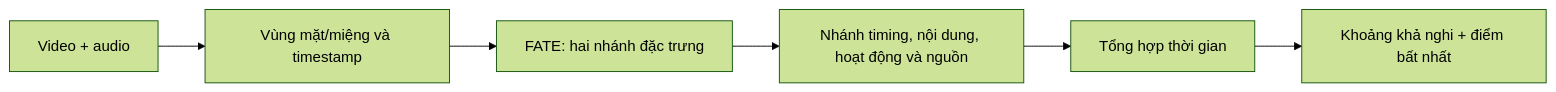
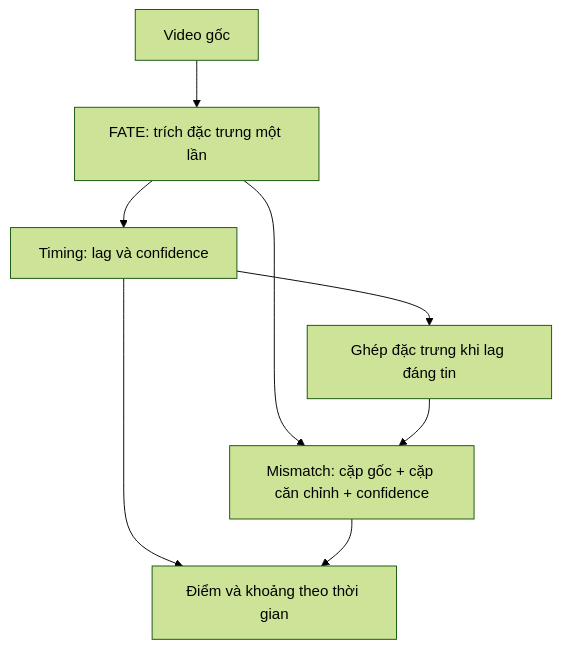
Before and after one commit to linhxm/vn-av-forensics: the diagram in AV_INCONSISTENCY_MODEL_REVIEW_2026-09-14.md, drawn with Mermaid (forest theme). The commit also changed other lines of this file and 80 other files, not shown here.

````diff
--- a/AV_INCONSISTENCY_MODEL_REVIEW_2026-09-14.md
+++ b/AV_INCONSISTENCY_MODEL_REVIEW_2026-09-14.md
@@ -31,8 +18,10 @@
 ```mermaid
-flowchart LR
-    I[Video + audio] --> P[Vùng mặt/miệng và timestamp]
-    P --> B[FATE: hai nhánh đặc trưng]
-    B --> H[Nhánh timing, nội dung, hoạt động và nguồn]
-    H --> T[Tổng hợp thời gian]
-    T --> O[Khoảng khả nghi + điểm bất nhất]
+flowchart TD
+    V[Video gốc] --> F[FATE: trích đặc trưng một lần]
+    F --> T[Timing: lag và confidence]
+    F --> M[Mismatch: cặp gốc + cặp căn chỉnh + confidence]
+    T --> A[Ghép đặc trưng khi lag đáng tin]
+    A --> M
+    T --> O[Điểm và khoảng theo thời gian]
+    M --> O
 ```
````
